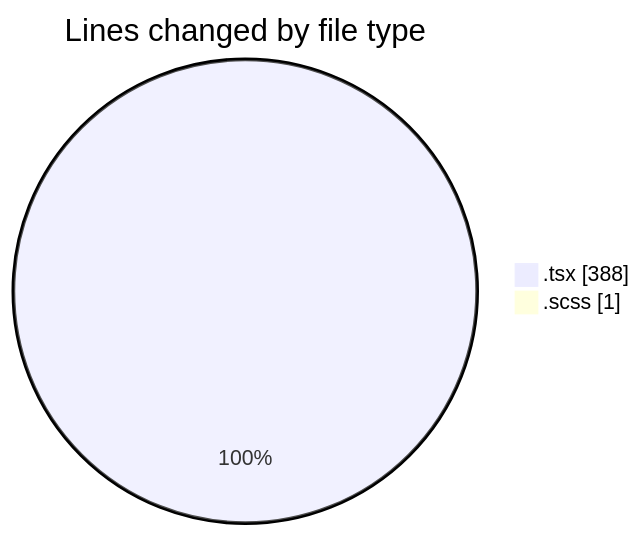
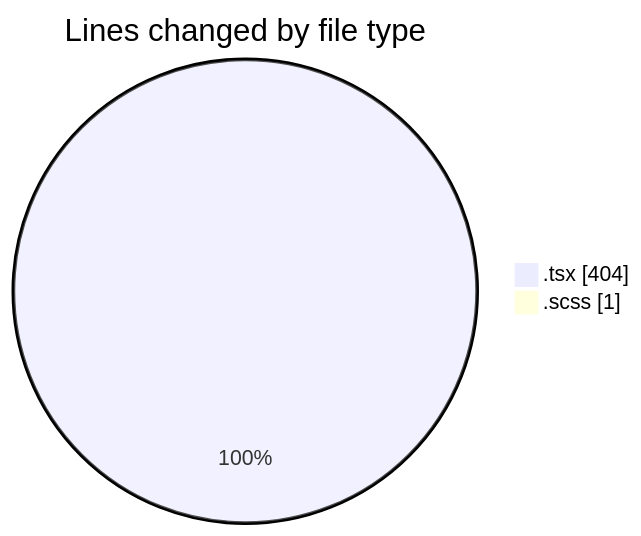
The first of 2 diagrams in 2025-03-19/cda/README.md (momahboobian/code-tracking), drawn with Mermaid before and after one commit. The commit also changed other lines of this file and 1 other file, not shown here.

````diff
--- a/2025-03-19/cda/README.md
+++ b/2025-03-19/cda/README.md
@@ -23,6 +23,6 @@
 ```mermaid
 pie showData
 title Lines changed by file type
-".tsx" : 388
+".tsx" : 404
 ".scss" : 1
 ```
````
